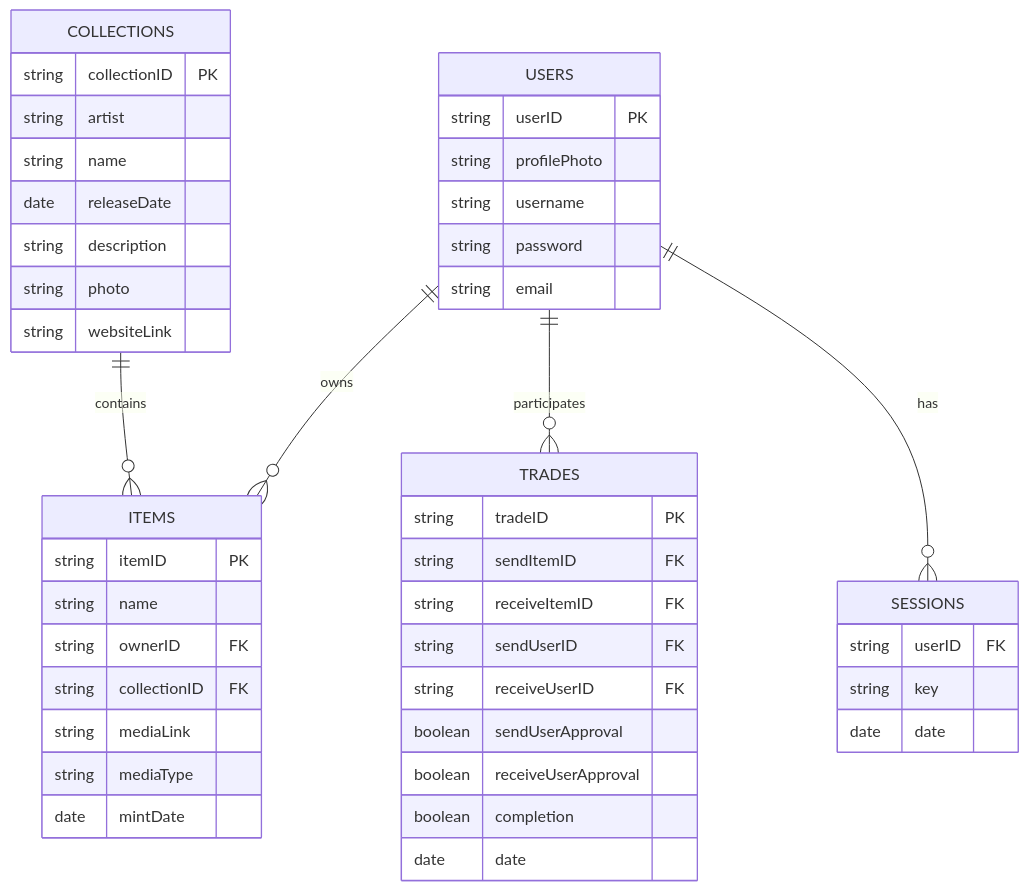
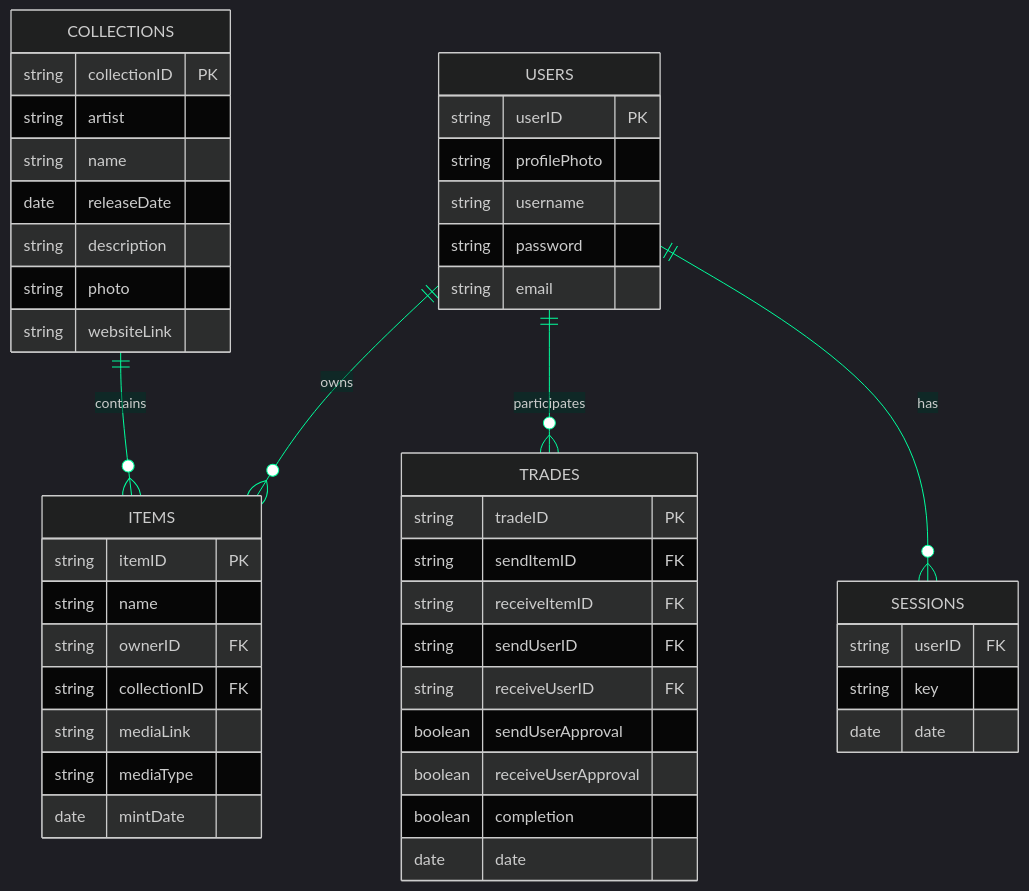
Before and after one commit to lundeen06/mintdrop: the second of 4 diagrams in README.md, drawn with Mermaid. The commit also changed other lines of this file, not shown here.

````diff
--- a/README.md
+++ b/README.md
@@ -68,53 +86,65 @@
 ```mermaid
+%%{init: {
+  'theme': 'dark',
+  'themeVariables': {
+    'primaryColor': '#00ff9d',
+    'primaryTextColor': '#fff',
+    'primaryBorderColor': '#00ff9d',
+    'lineColor': '#00ff9d',
+    'secondaryColor': '#006647',
+    'tertiaryColor': '#003329',
+    'background': '#1a1a1a'
+  }
+}}%%
 erDiagram
     USERS {
         string userID PK
         string profilePhoto
         string username
         string password
         string email
     }
     
     ITEMS {
         string itemID PK
         string name
         string ownerID FK
         string collectionID FK
         string mediaLink
         string mediaType
         date mintDate
     }
     
     COLLECTIONS {
         string collectionID PK
         string artist
         string name
         date releaseDate
         string description
         string photo
         string websiteLink
     }
     
     TRADES {
         string tradeID PK
         string sendItemID FK
         string receiveItemID FK
         string sendUserID FK
         string receiveUserID FK
         boolean sendUserApproval
         boolean receiveUserApproval
         boolean completion
         date date
     }
 
     SESSIONS {
         string userID FK
         string key
         date date
     }
 
     USERS ||--o{ ITEMS : owns
     COLLECTIONS ||--o{ ITEMS : contains
     USERS ||--o{ TRADES : participates
     USERS ||--o{ SESSIONS : has
 ```
````
